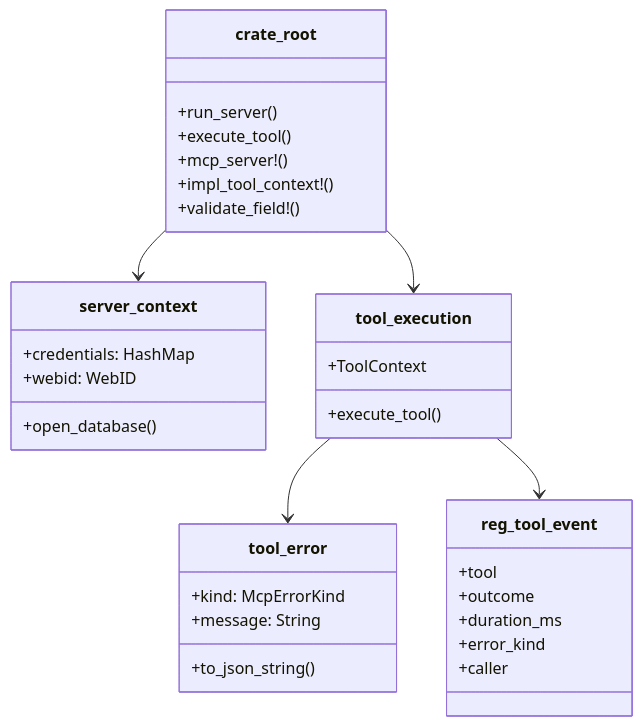
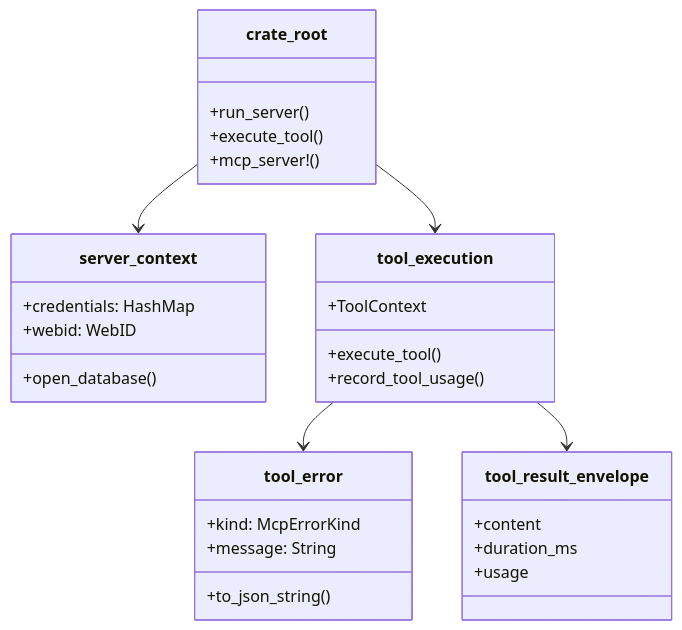
One commit to mdz-axo/zed-kask changed the first of 2 diagrams in kask/docs/diataxis/hkask-mcp-server/reference.md. Above: the diagram before and after it, drawn with Mermaid. The commit also changed other lines of this file and 18 other files, not shown here.

````diff
--- a/kask/docs/diataxis/hkask-mcp-server/reference.md
+++ b/kask/docs/diataxis/hkask-mcp-server/reference.md
@@ -19,36 +19,33 @@
 ```mermaid
 classDiagram
     class crate_root {
         +run_server()
         +execute_tool()
         +mcp_server!()
-        +impl_tool_context!()
-        +validate_field!()
     }
     class server_context {
         +credentials: HashMap
         +webid: WebID
         +open_database()
     }
     class tool_execution {
         +ToolContext
         +execute_tool()
+        +record_tool_usage()
     }
     class tool_error {
         +kind: McpErrorKind
         +message: String
         +to_json_string()
     }
-    class reg_tool_event {
-        +tool
-        +outcome
+    class tool_result_envelope {
+        +content
         +duration_ms
-        +error_kind
-        +caller
+        +usage
     }
 
     crate_root --> server_context
     crate_root --> tool_execution
     tool_execution --> tool_error
-    tool_execution --> reg_tool_event
+    tool_execution --> tool_result_envelope
 ```
````
